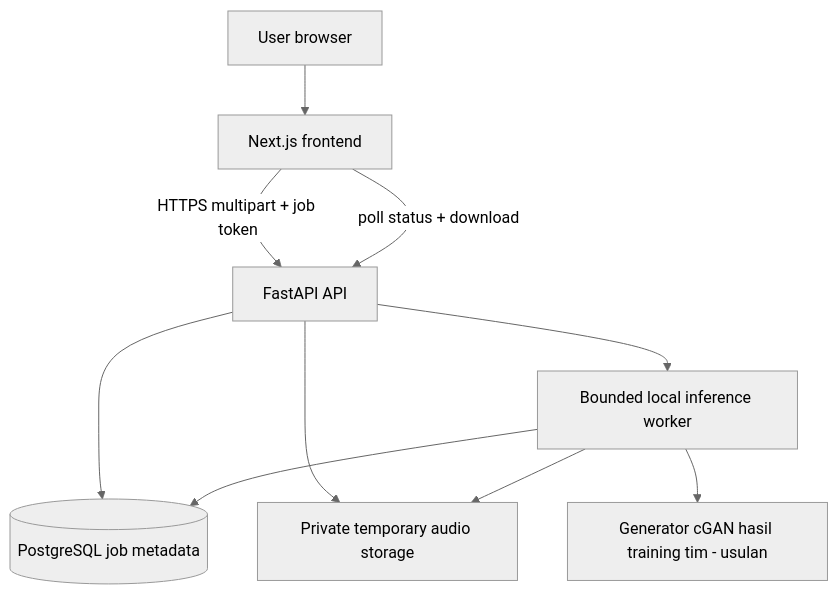
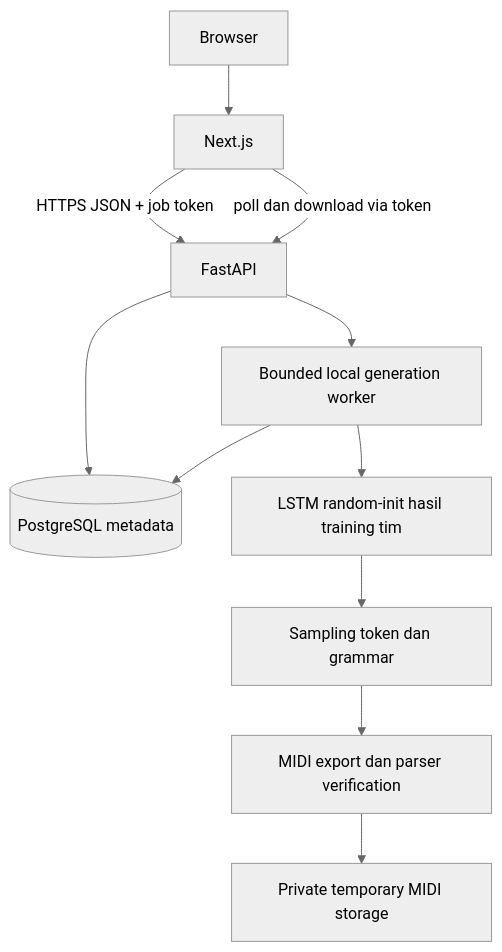
One commit to AI-IF-TelU/-Proyek1-Music-Generator- changed the diagram in docs/ARCHITECTURE.md. Above: the diagram before and after it, drawn with Mermaid (neutral theme). The commit also changed other lines of this file and 38 other files, not shown here.

Commit message:
docs: pivot Nirava to from-scratch MIDI LSTM generation

````diff
--- a/docs/ARCHITECTURE.md
+++ b/docs/ARCHITECTURE.md
@@ -3,12 +5,13 @@
 ```mermaid
 flowchart TD
-  U[User browser] --> N[Next.js frontend]
-  N -->|HTTPS multipart + job token| F[FastAPI API]
-  F --> P[(PostgreSQL job metadata)]
-  F --> S[Private temporary audio storage]
-  F --> W[Bounded local inference worker]
-  W --> M[Generator cGAN hasil training tim - usulan]
-  W --> S
-  W --> P
-  N -->|poll status + download| F
+  U[Browser] --> N[Next.js]
+  N -->|HTTPS JSON + job token| F[FastAPI]
+  F --> P[(PostgreSQL metadata)]
+  F --> Q[Bounded local generation worker]
+  Q --> M[LSTM random-init hasil training tim]
+  M --> T[Sampling token dan grammar]
+  T --> E[MIDI export dan parser verification]
+  E --> S[Private temporary MIDI storage]
+  Q --> P
+  N -->|poll dan download via token| F
 ```
````
